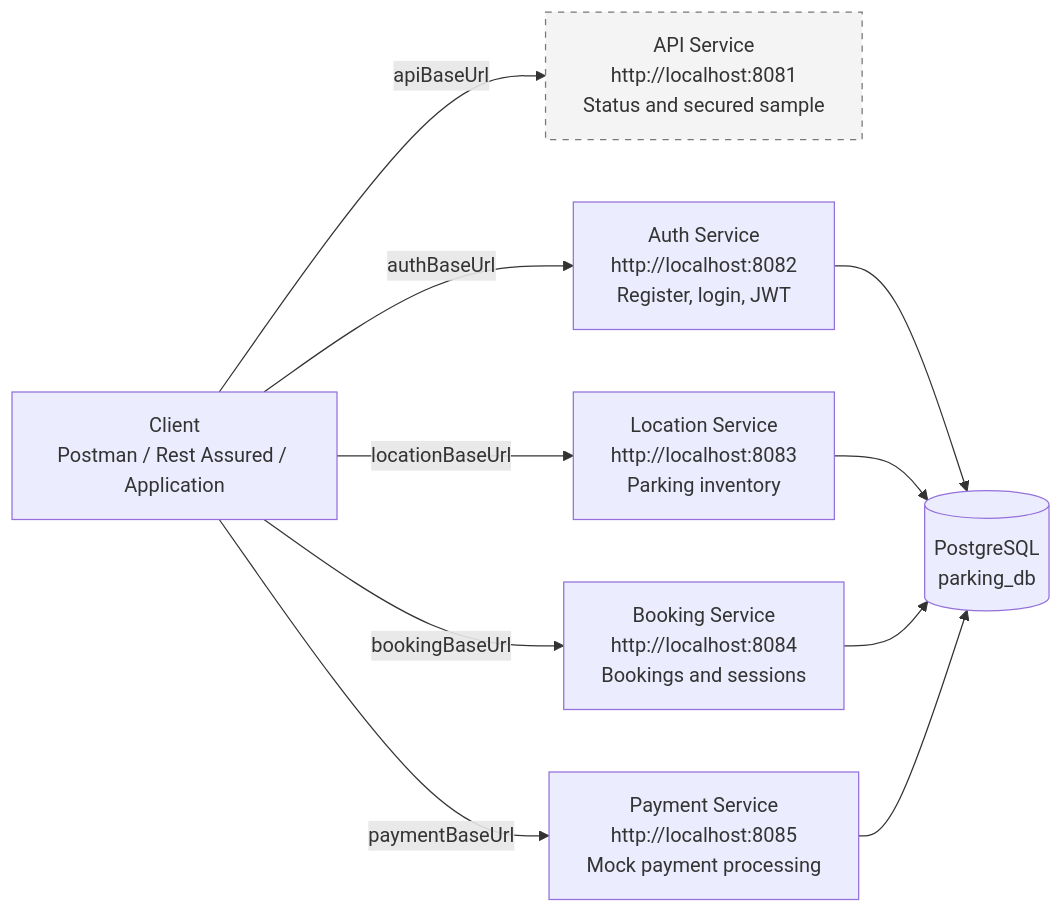
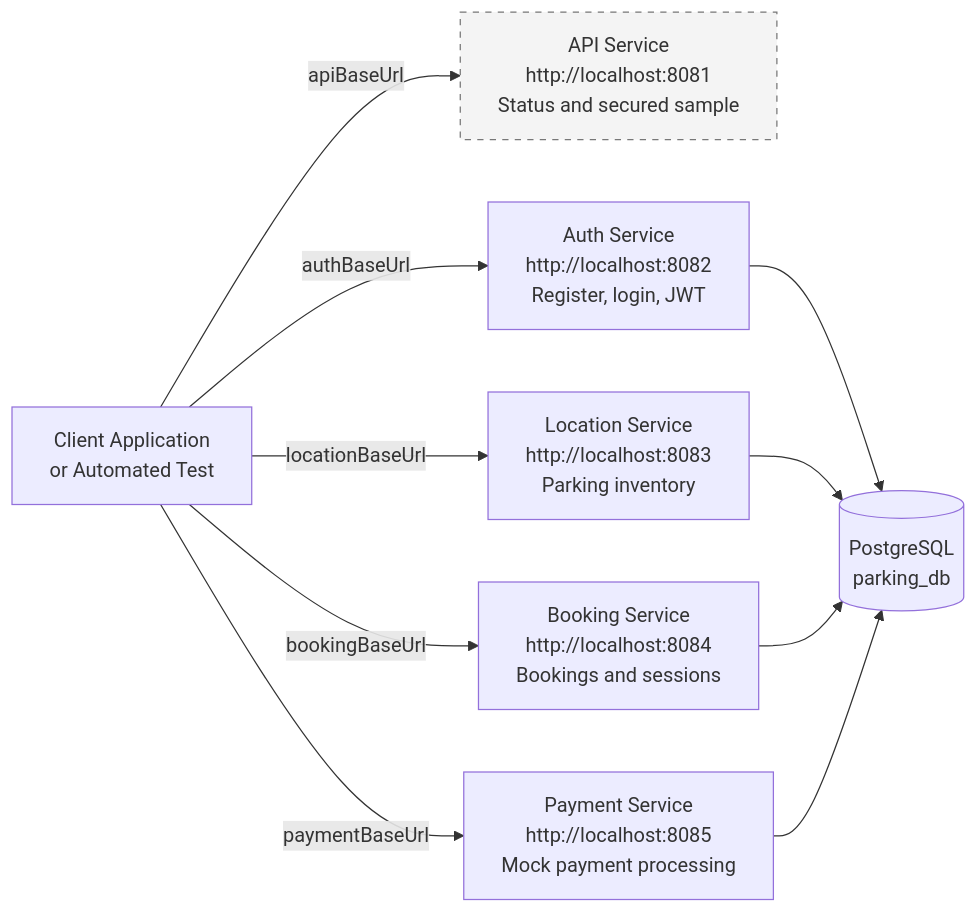
Before and after one commit to sangeethadhatrika510-svg/test-parking-api-testing: the first of 10 diagrams in Parking_Microservices_Architecture.md, drawn with Mermaid. The commit also changed other lines of this file, not shown here.

Commit message:
Refocus architecture guide on services and business flows

````diff
--- a/Parking_Microservices_Architecture.md
+++ b/Parking_Microservices_Architecture.md
@@ -12,26 +7,26 @@
 ```mermaid
 flowchart LR
-    Client["Client<br/>Postman / Rest Assured / Application"]
+    Client["Client Application<br/>or Automated Test"]
 
     API["API Service<br/>http://localhost:8081<br/>Status and secured sample"]
     Auth["Auth Service<br/>http://localhost:8082<br/>Register, login, JWT"]
     Location["Location Service<br/>http://localhost:8083<br/>Parking inventory"]
     Booking["Booking Service<br/>http://localhost:8084<br/>Bookings and sessions"]
     Payment["Payment Service<br/>http://localhost:8085<br/>Mock payment processing"]
 
     DB[("PostgreSQL<br/>parking_db")]
 
     Client -->|apiBaseUrl| API
     Client -->|authBaseUrl| Auth
     Client -->|locationBaseUrl| Location
     Client -->|bookingBaseUrl| Booking
     Client -->|paymentBaseUrl| Payment
 
     Auth --> DB
     Location --> DB
     Booking --> DB
     Payment --> DB
 
     classDef sample fill:#f4f4f4,stroke:#777,stroke-dasharray:5 5,color:#333;
     class API sample;
 ```
````
